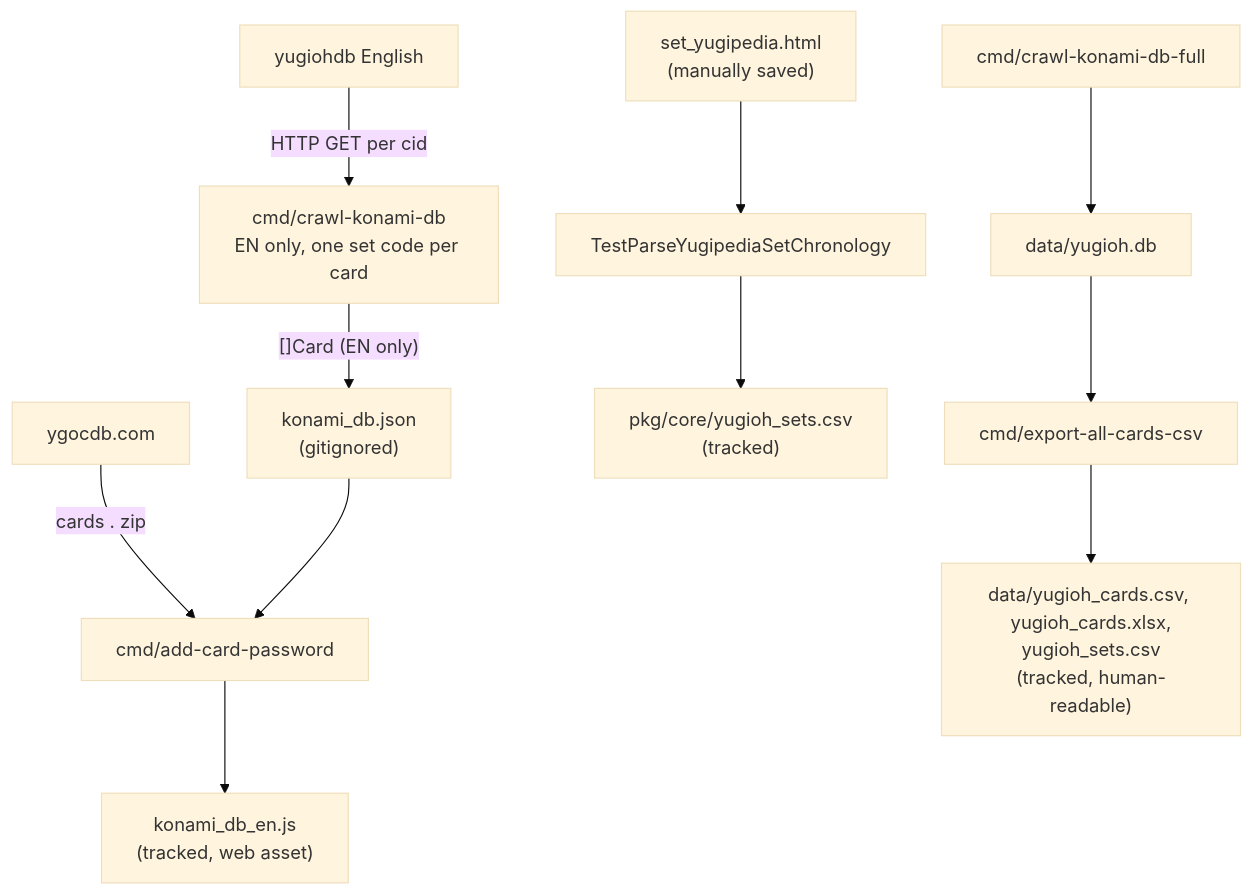
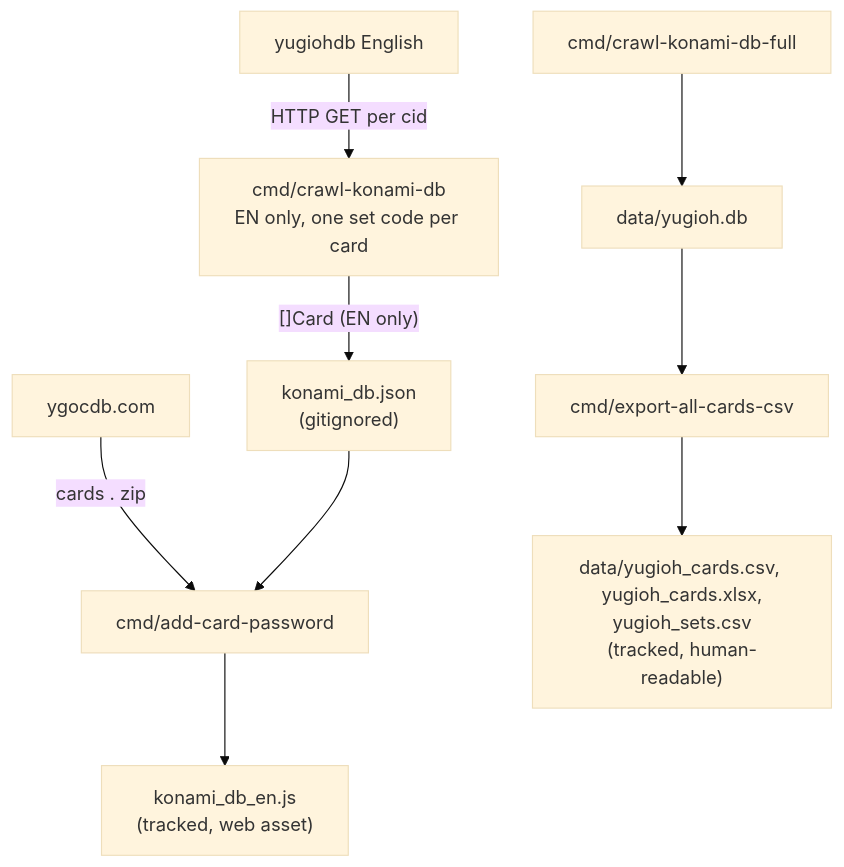
One commit to daominah/yugioh_card_editor_database changed the diagram in doc/card_data_collection.md. Above: the diagram before and after it, drawn with Mermaid (base theme). The commit also changed other lines of this file and 11 other files, not shown here.

Commit message:
remove the Yugipedia set chronology parser, its saved page, and pkg/core/yugioh_sets.csv, sets now come from data/yugioh.db; refresh data/yugioh.db from the 2026-10-05 crawl, link the README database table and read-yugiohdb-stats both ways, stable sort of exported sets

````diff
--- a/doc/card_data_collection.md
+++ b/doc/card_data_collection.md
@@ -63,22 +59,18 @@
 ```mermaid
 flowchart TD
     KonamiEN["yugiohdb English"]
     YGOCDB["ygocdb.com"]
-    YugipediaHTML["set_yugipedia.html\n(manually saved)"]
     CrawlCmd["cmd/crawl-konami-db\nEN only, one set code per card"]
     AddPwdCmd["cmd/add-card-password"]
-    SetTest["TestParseYugipediaSetChronology"]
     KonamiEN -->|HTTP GET per cid| CrawlCmd
     CrawlCmd -->|" []Card (EN only) "| KonamiJSON
     KonamiJSON["konami_db.json\n(gitignored)"]
-    SetsCSV["pkg/core/yugioh_sets.csv\n(tracked)"]
-    YugipediaHTML --> SetTest --> SetsCSV
     YGOCDB -->|cards . zip| AddPwdCmd
     KonamiJSON --> AddPwdCmd
     AddPwdCmd --> WebJS["konami_db_en.js\n(tracked, web asset)"]
     FullCmd["cmd/crawl-konami-db-full"]
     FullCmd --> SQLite["data/yugioh.db"]
     ExportCmd["cmd/export-all-cards-csv"]
     SQLite --> ExportCmd
     ExportCmd --> CardsCSV["data/yugioh_cards.csv, yugioh_cards.xlsx,\nyugioh_sets.csv\n(tracked, human-readable)"]
 ```
````
